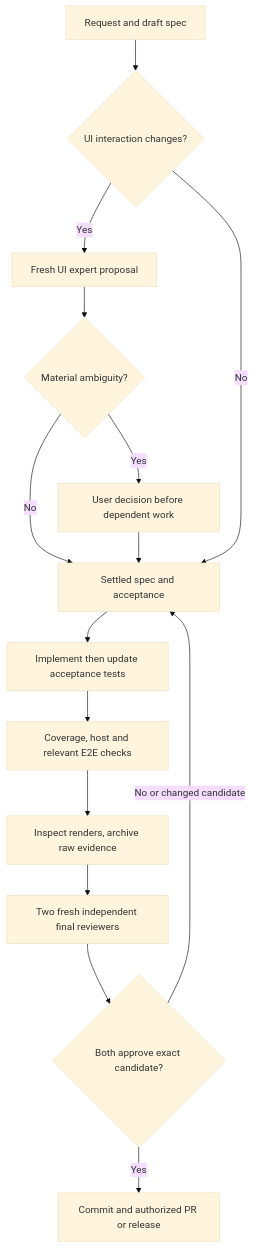
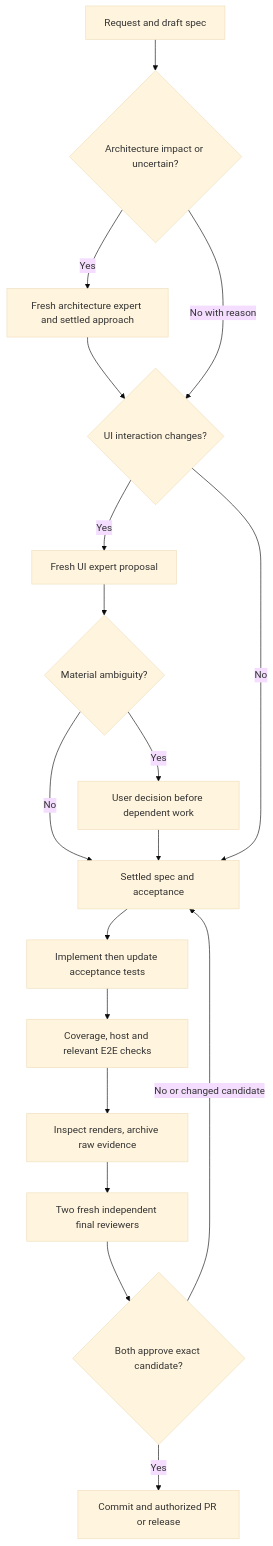
The diagram in docs/WORKFLOW.md (PhiLong-Ho/agent-dev-template), drawn with Mermaid (base theme) before and after one commit. The commit also changed other lines of this file and 31 other files, not shown here.

Commit message:
Add architecture atlas and expert preflight workflow (#4)

````diff
--- a/docs/WORKFLOW.md
+++ b/docs/WORKFLOW.md
@@ -7,17 +7,20 @@
 ```mermaid
 flowchart TD
-    Request[Request and draft spec] --> UI{UI interaction changes?}
+    Request[Request and draft spec] --> AS{Architecture impact or uncertain?}
+    AS -->|Yes| AE[Fresh architecture expert and settled approach]
+    AE --> UI{UI interaction changes?}
+    AS -->|No with reason| UI
     UI -->|Yes| Expert[Fresh UI expert proposal]
     Expert --> Choice{Material ambiguity?}
     Choice -->|Yes| User[User decision before dependent work]
     Choice -->|No| Contract[Settled spec and acceptance]
     User --> Contract
     UI -->|No| Contract
     Contract --> Code[Implement then update acceptance tests]
     Code --> Check[Coverage, host and relevant E2E checks]
     Check --> Evidence[Inspect renders, archive raw evidence]
     Evidence --> Review[Two fresh independent final reviewers]
     Review --> Both{Both approve exact candidate?}
     Both -->|No or changed candidate| Contract
     Both -->|Yes| Deliver[Commit and authorized PR or release]
 ```
````
